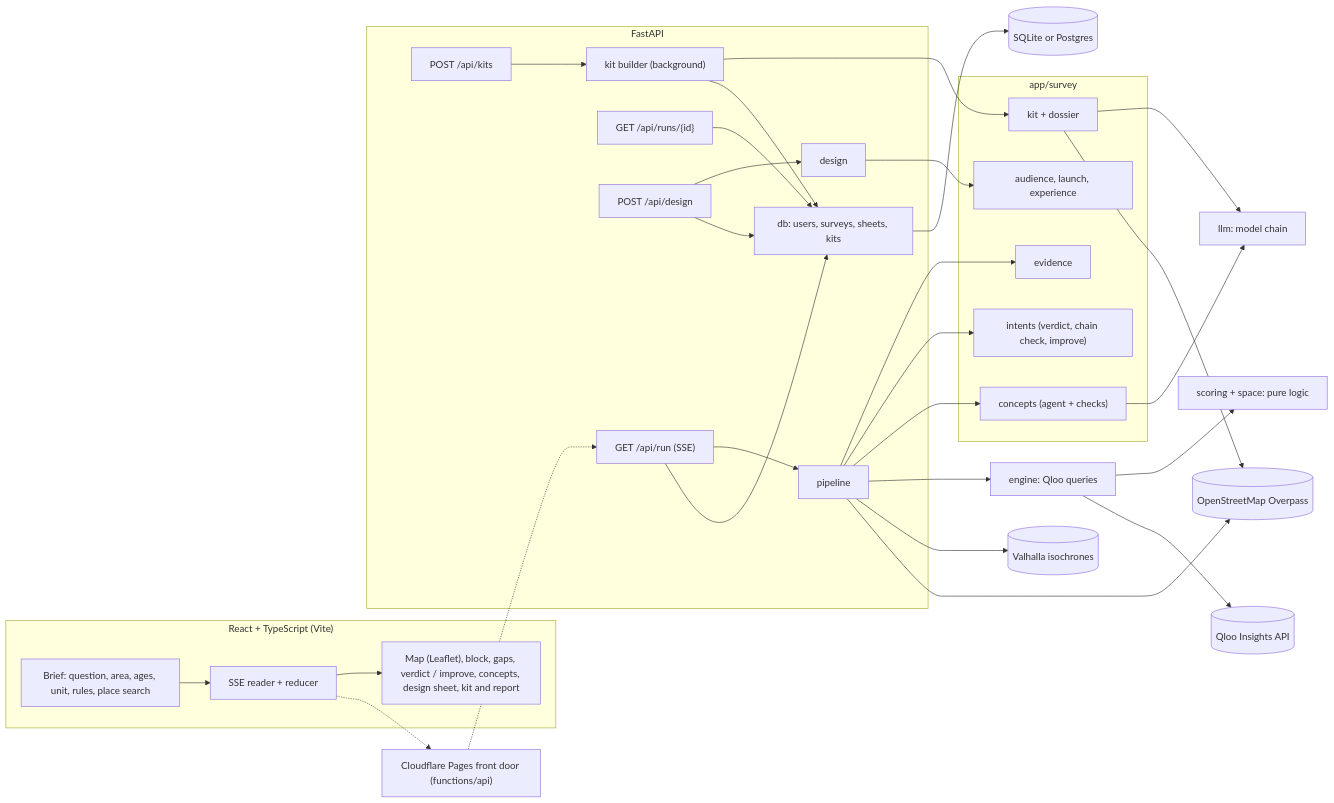
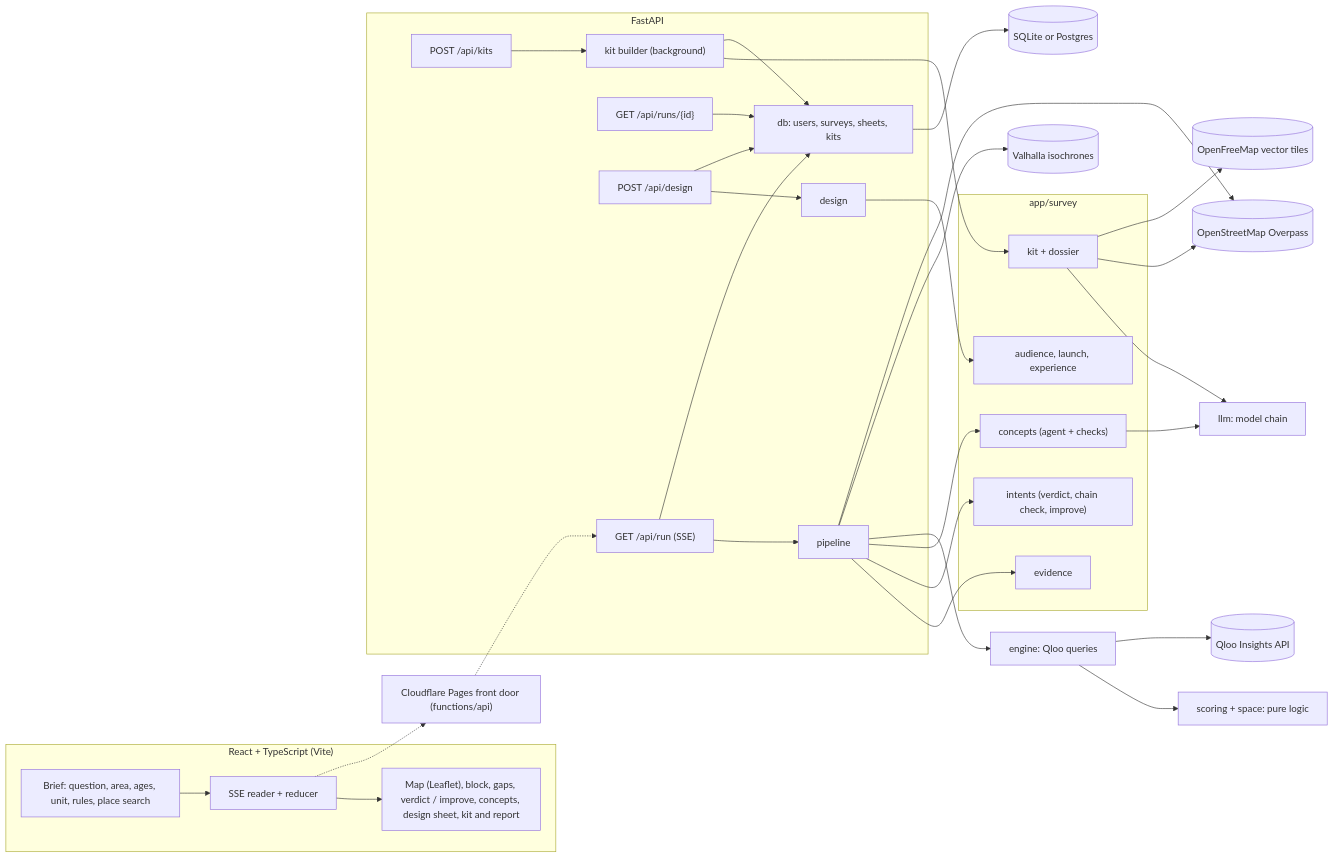
The diagram in README.md (AhmedOsamaAli/walk-in), drawn with Mermaid before and after one commit. The commit also changed other lines of this file and 5 other files, not shown here.

````diff
--- a/README.md
+++ b/README.md
@@ -163,34 +203,35 @@
 ```mermaid
 flowchart LR
   subgraph Browser["React + TypeScript (Vite)"]
     UI["Brief: question, area, ages, unit, rules, place search"] --> Stream["SSE reader + reducer"]
     Stream --> Views["Map (Leaflet), block, gaps, verdict / improve, concepts, design sheet, kit and report"]
   end
   Front["Cloudflare Pages front door (functions/api)"]
   subgraph API["FastAPI"]
     Run["GET /api/run (SSE)"] --> Pipeline
     Record["GET /api/runs/{id}"] --> Store
     Design["POST /api/design"] --> Sheets
     Kits["POST /api/kits"] --> Builder["kit builder (background)"]
   end
   subgraph Survey["app/survey"]
     Pipeline["pipeline"] --> Evidence["evidence"]
     Pipeline --> Intents["intents (verdict, chain check, improve)"]
     Pipeline --> Concepts["concepts (agent + checks)"]
     Sheets["design"] --> Plans["audience, launch, experience"]
     Builder --> Kit["kit + dossier"]
   end
   Engine["engine: Qloo queries"] --> Scoring["scoring + space: pure logic"]
   Pipeline --> Engine
   Concepts --> LLM["llm: model chain"]
   Kit --> LLM
   Engine --> Qloo[("Qloo Insights API")]
   Pipeline --> Walk[("Valhalla isochrones")]
   Pipeline --> OSM[("OpenStreetMap Overpass")]
   Kit --> OSM
+  Kit --> Tiles[("OpenFreeMap vector tiles")]
   Run --> Store["db: users, surveys, sheets, kits"]
   Design --> Store
   Builder --> Store
   Store --> Database[("SQLite or Postgres")]
   Stream -.-> Front -.-> Run
 ```
````
